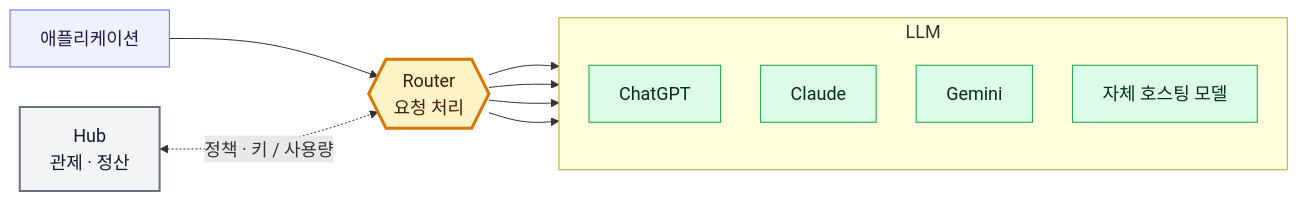
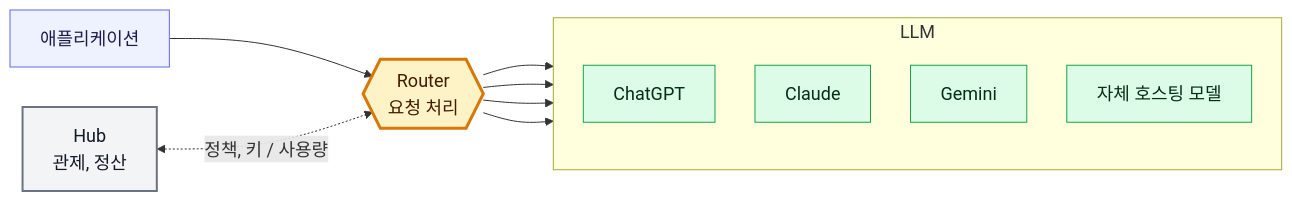
The diagram in ppt/continuum.mmd (nowgnuesLeee/pytorch2026-tutorial-smart-router), drawn with Mermaid before and after one commit. The commit also changed 14 other files, not shown here.

```diff
--- a/ppt/continuum.mmd
+++ b/ppt/continuum.mmd
@@ -1,25 +1,25 @@
 %%{init: {"flowchart": {"wrappingWidth": 400, "nodeSpacing": 40, "rankSpacing": 70}, "themeVariables": {"fontSize": "18px"}}}%%
 flowchart LR
     App["애플리케이션"]
     Router{{"Router<br/>요청 처리"}}
-    Hub["Hub<br/>관제 · 정산"]
+    Hub["Hub<br/>관제, 정산"]
 
     subgraph LLMs["LLM"]
         direction TB
         M1["ChatGPT"]
         M2["Claude"]
         M3["Gemini"]
         M4["자체 호스팅 모델"]
     end
 
     App --> Router --> M1 & M2 & M3 & M4
-    Hub <-. "정책 · 키 / 사용량" .-> Router
+    Hub <-. "정책, 키 / 사용량" .-> Router
 
     classDef client fill:#eef2ff,stroke:#6366f1,color:#1e1b4b
     classDef router fill:#fef3c7,stroke:#d97706,stroke-width:3px,color:#451a03
     classDef hub fill:#f3f4f6,stroke:#6b7280,stroke-width:2px,color:#111827
     classDef llm fill:#dcfce7,stroke:#16a34a,color:#052e16
     class App client
     class Router router
     class Hub hub
     class M1,M2,M3,M4 llm
```
